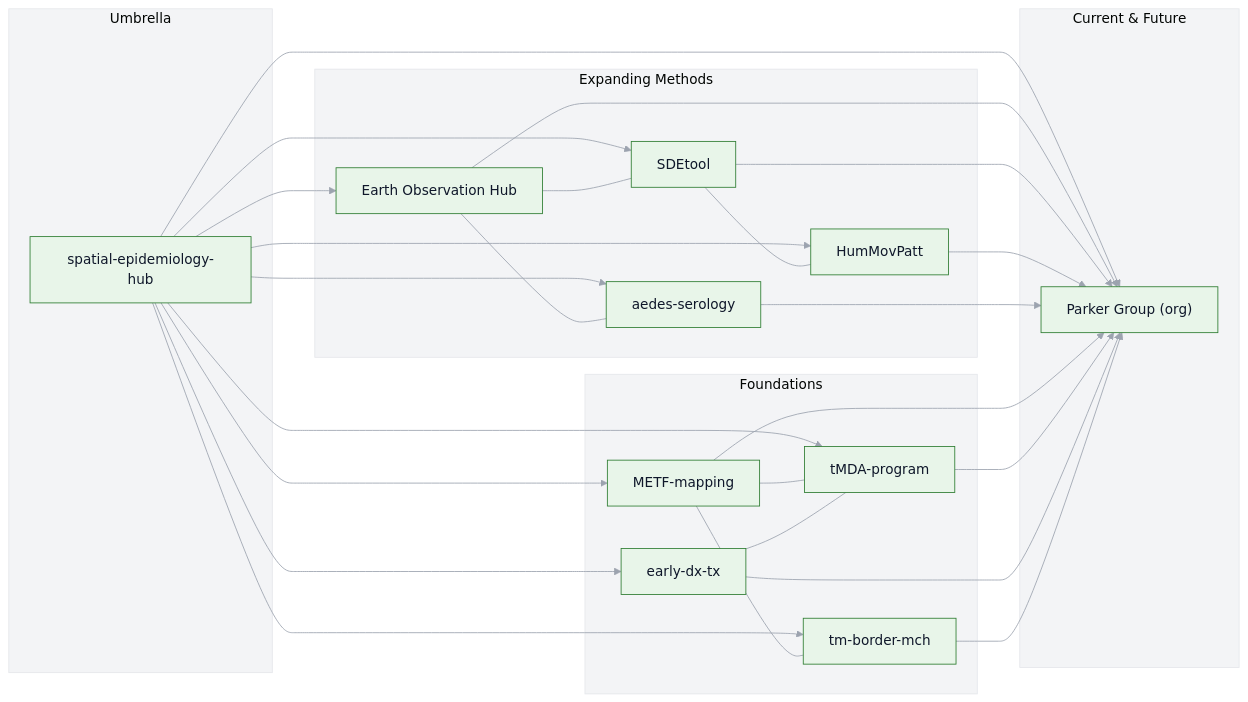
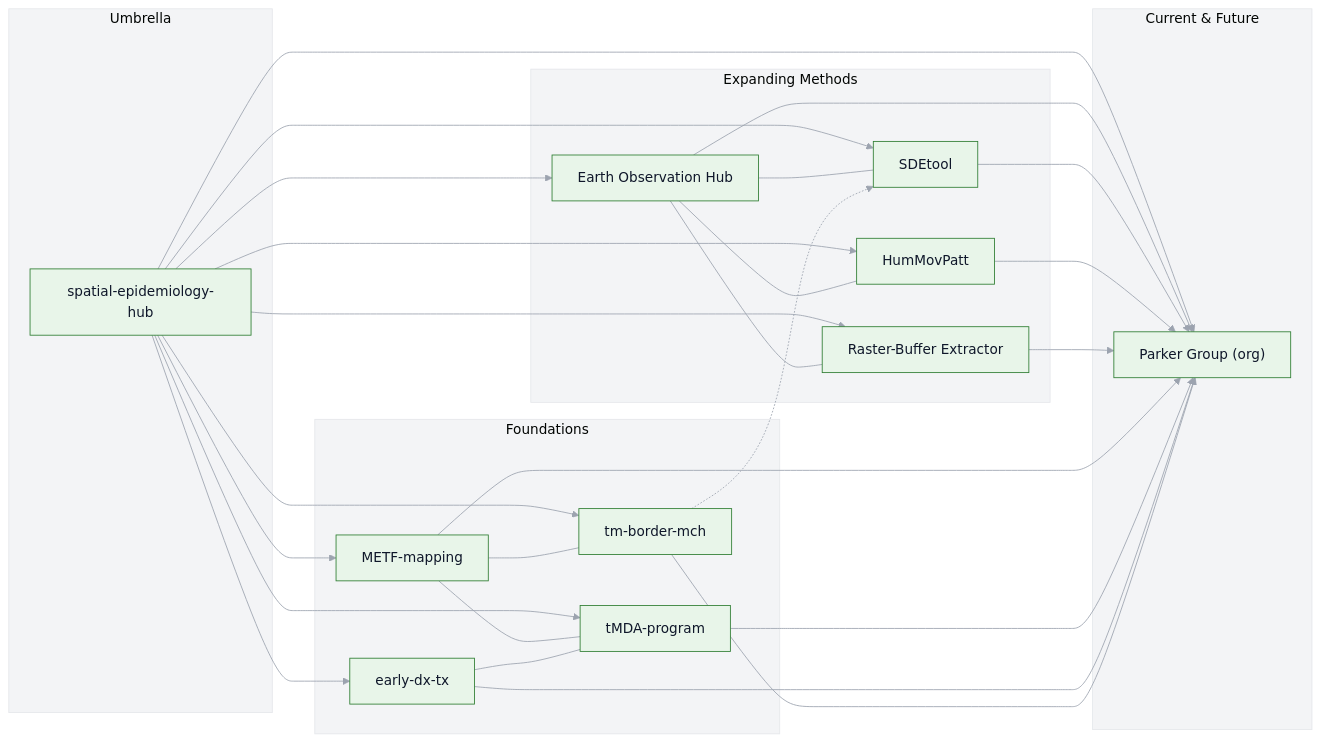
One commit to DMParker1/spatial-epidemiology-hub changed the diagram in README.md. Above: the diagram before and after it, drawn with Mermaid. The commit also changed other lines of this file, not shown here.

````diff
--- a/README.md
+++ b/README.md
@@ -41,59 +42,63 @@
 ```mermaid
 %%{init: {"theme":"base","themeVariables":{
   "background":"#FAFAFA",
   "clusterBkg":"#F3F4F6",
   "clusterBorder":"#E5E7EB",
   "primaryColor":"#E8F5E9",
   "primaryBorderColor":"#2E7D32",
   "primaryTextColor":"#0F172A",
   "lineColor":"#9CA3AF"
 }}}%%
 flowchart LR
   subgraph A[Foundations]
     METF["METF-mapping"]
     EDT["early-dx-tx"]
     MCH["tm-border-mch"]
     tMDA["tMDA-program"]
   end
 
   subgraph B[Expanding Methods]
     EO["Earth Observation Hub"]
     SDE["SDEtool"]
     HUM["HumMovPatt"]
-    AES["aedes-serology"]
+    RBE["Raster-Buffer Extractor"]
   end
 
   subgraph C[Umbrella]
     GIS["spatial-epidemiology-hub"]
   end
 
   subgraph D[Current & Future]
     PG["Parker Group (org)"]
   end
 
+  %% umbrella links
   GIS --> METF
   GIS --> tMDA
   GIS --> EDT
   GIS --> MCH
   GIS --> EO
   GIS --> SDE
   GIS --> HUM
-  GIS --> AES
+  GIS --> RBE
   GIS --> PG
 
+  %% method/theme crosslinks
   METF --- tMDA
   EDT --- tMDA
   METF --- MCH
   EO --- SDE
-  EO --- AES
-  SDE --- HUM
+  EO --- HUM
+  EO --- RBE
+  MCH -.-> SDE
 
+  %% convergence
   EO --> PG
   SDE --> PG
   HUM --> PG
-  AES --> PG
+  RBE --> PG
   METF --> PG
   tMDA --> PG
   EDT --> PG
   MCH --> PG
 ```
````
